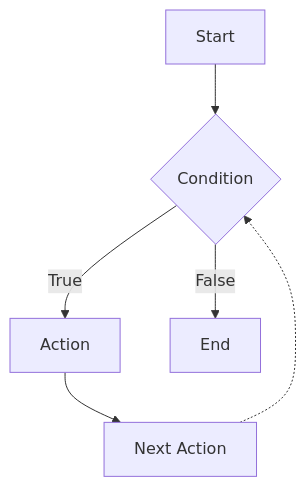
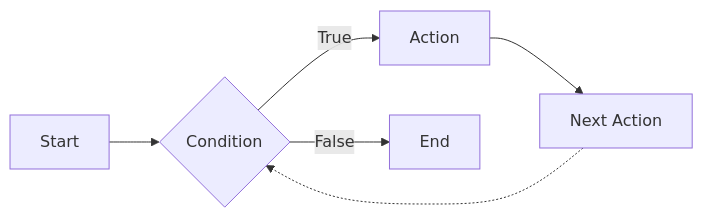
The second of 2 diagrams in README.md (evelynmitchell/async_python_testing_tutorial), drawn with Mermaid before and after one commit.

Commit message:
change orientation

````diff
--- a/README.md
+++ b/README.md
@@ -30,8 +30,8 @@
 ```mermaid
-graph TB
+graph LR
 A[Start] --> B{Condition}
 B -- True --> C[Action]
 C --> D[Next Action]
 D -.-> B
 B -- False --> E[End]
 ```
````
